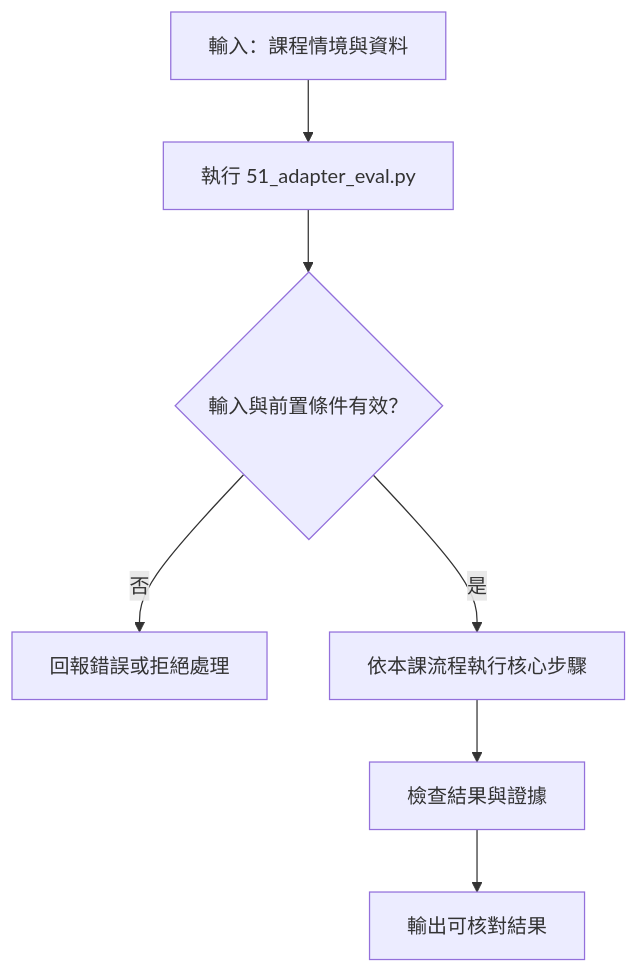
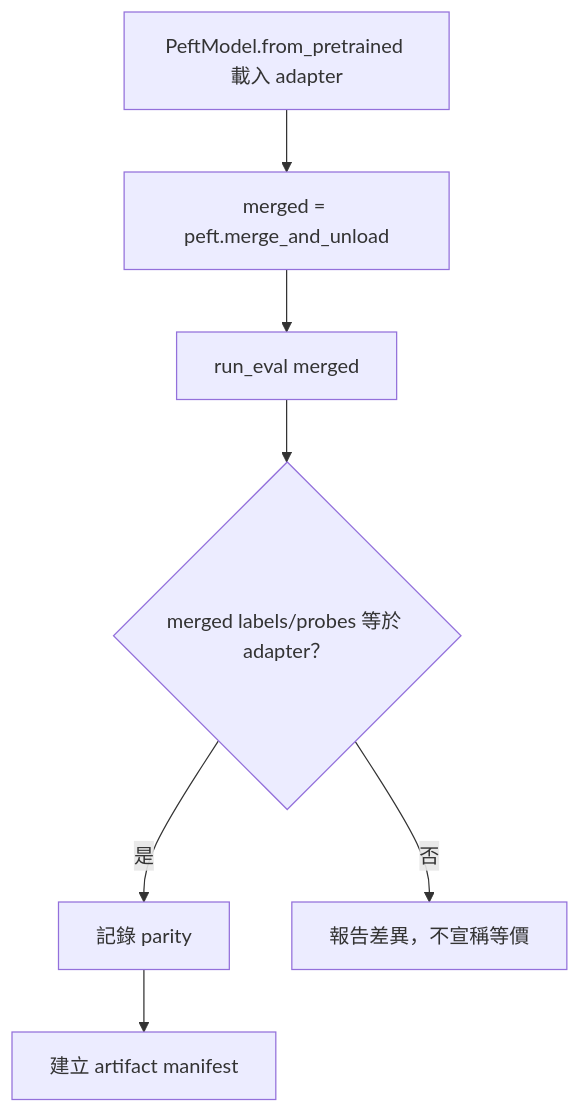
One commit to 4-learn/LLM-demo changed the fifth of 5 diagrams in 48-adapter-eval.md. Above: the diagram before and after it, drawn with Mermaid. The commit also changed other lines of this file and 66 other files, not shown here.

Commit message:
[pm] docs: expand lesson diagrams and fix course mapping (#17)

````diff
--- a/48-adapter-eval.md
+++ b/48-adapter-eval.md
@@ -10,9 +90,9 @@
 ```mermaid
 flowchart TD
-    A[輸入：課程情境與資料] --> B[執行 51_adapter_eval.py]
-    B --> C{輸入與前置條件有效？}
-    C -- 否 --> D[回報錯誤或拒絕處理]
-    C -- 是 --> E[依本課流程執行核心步驟]
-    E --> F[檢查結果與證據]
-    F --> G[輸出可核對結果]
+    A[PeftModel.from_pretrained 載入 adapter] --> B[merged = peft.merge_and_unload]
+    B --> C[run_eval merged]
+    C --> D{merged labels/probes 等於 adapter？}
+    D -- 是 --> E[記錄 parity]
+    D -- 否 --> F[報告差異，不宣稱等價]
+    E --> G[建立 artifact manifest]
 ```
````
